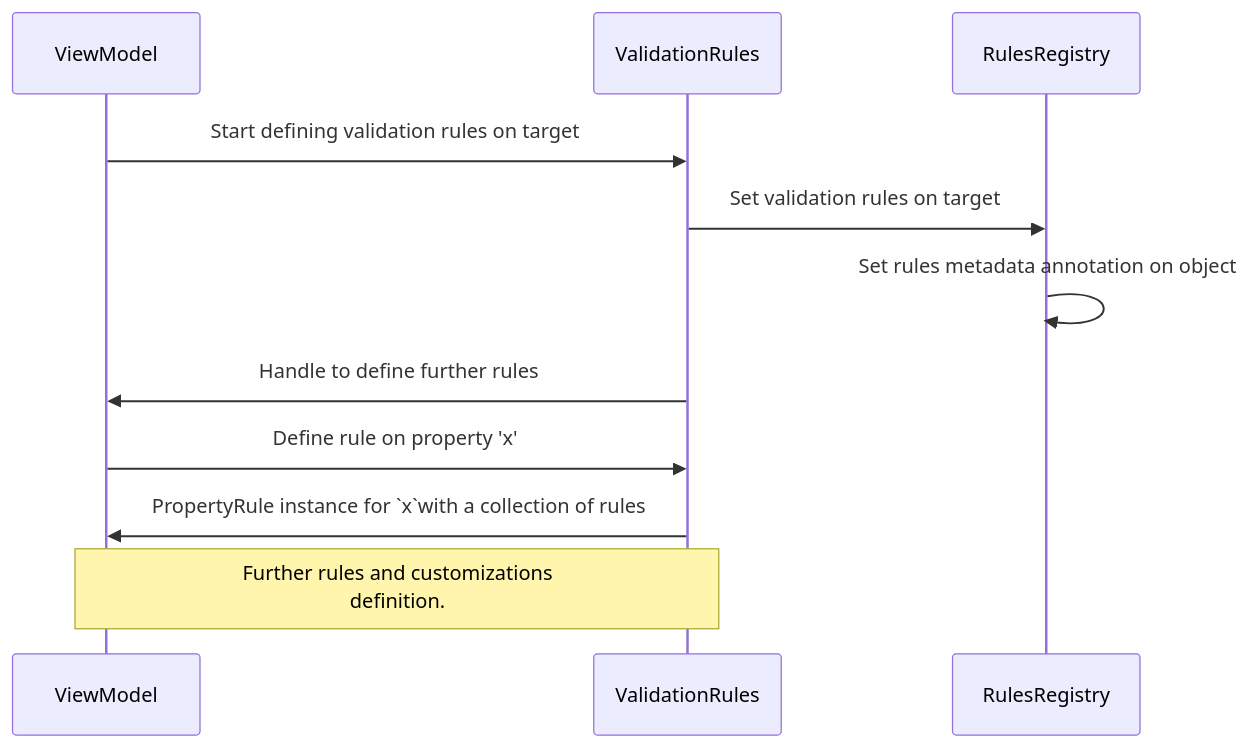
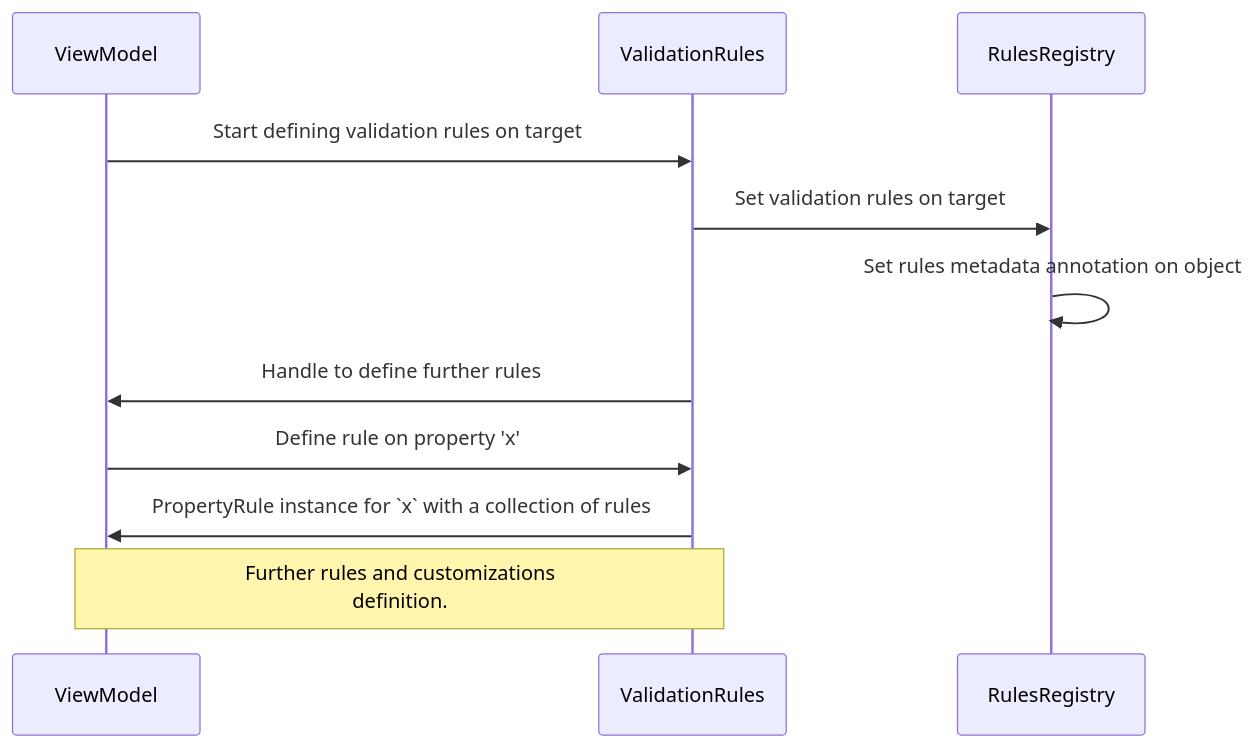
One commit to aurelia/aurelia changed the diagram in docs/user-docs/developer-guides/forms/validating-form-input/architecture.md. Above: the diagram before and after it, drawn with Mermaid.

Commit message:
fix(docs): mermaid fix
Fixing up indentation of sequence diagram

````diff
--- a/docs/user-docs/developer-guides/forms/validating-form-input/architecture.md
+++ b/docs/user-docs/developer-guides/forms/validating-form-input/architecture.md
@@ -25,10 +25,10 @@
-  ```mermaid
-  sequenceDiagram
-    ViewModel->>ValidationRules: Start defining validation rules on target
-    ValidationRules->>RulesRegistry: Set validation rules on target
-    RulesRegistry->>RulesRegistry: Set rules metadata annotation on object
-    ValidationRules->>ViewModel: Handle to define further rules
-    ViewModel->>ValidationRules: Define rule on property 'x'
-    ValidationRules->>ViewModel: PropertyRule instance for `x`with a collection of rules
-    Note over ViewModel,ValidationRules: Further rules and customizations<br/>definition.
-  ```
+```mermaid
+sequenceDiagram
+  ViewModel->>ValidationRules: Start defining validation rules on target
+  ValidationRules->>RulesRegistry: Set validation rules on target
+  RulesRegistry->>RulesRegistry: Set rules metadata annotation on object
+  ValidationRules->>ViewModel: Handle to define further rules
+  ViewModel->>ValidationRules: Define rule on property 'x'
+  ValidationRules->>ViewModel: PropertyRule instance for `x` with a collection of rules
+  Note over ViewModel,ValidationRules: Further rules and customizations<br/>definition.
+```
````
